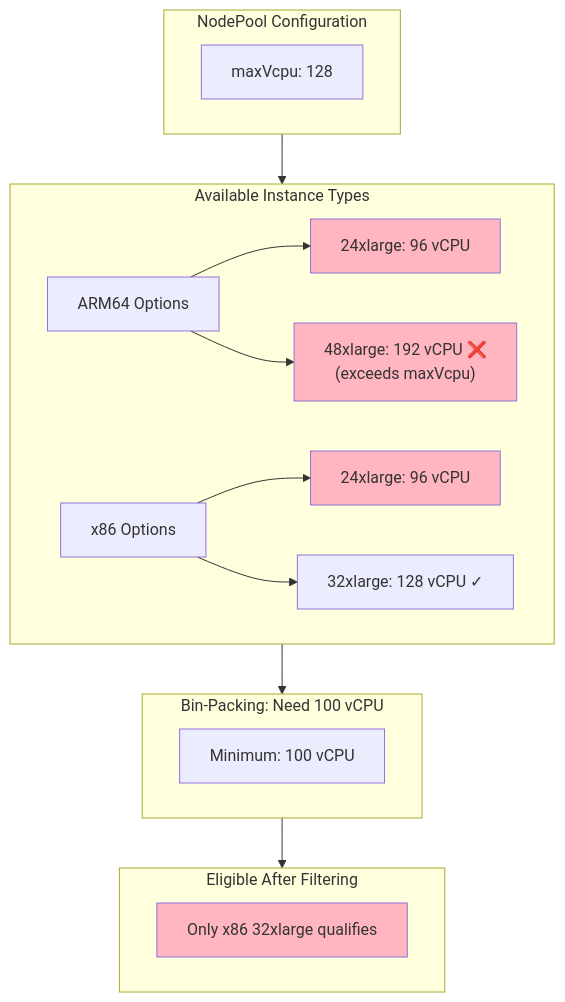
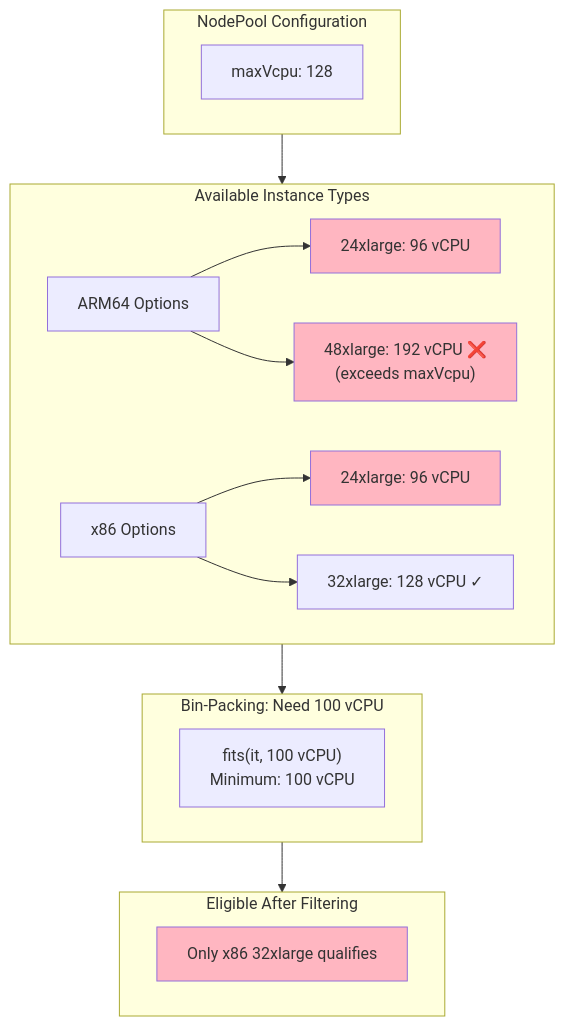
Before and after one commit to Nextdoor/veneer: the third of 4 diagrams in docs/karpenter-binpacking-and-nodeoverlay.md, drawn with Mermaid. The commit also changed other lines of this file, not shown here.

````diff
--- a/docs/karpenter-binpacking-and-nodeoverlay.md
+++ b/docs/karpenter-binpacking-and-nodeoverlay.md
@@ -123,37 +273,37 @@
 ```mermaid
 flowchart TB
     subgraph NodePool["NodePool Configuration"]
         Config["maxVcpu: 128"]
     end
 
     subgraph Available["Available Instance Types"]
         ARM64["ARM64 Options"]
         x86["x86 Options"]
 
         ARM64_24["24xlarge: 96 vCPU"]
         ARM64_48["48xlarge: 192 vCPU ❌<br/>(exceeds maxVcpu)"]
 
         x86_24["24xlarge: 96 vCPU"]
         x86_32["32xlarge: 128 vCPU ✓"]
 
         ARM64 --> ARM64_24 & ARM64_48
         x86 --> x86_24 & x86_32
     end
 
     subgraph BinPack["Bin-Packing: Need 100 vCPU"]
-        Need["Minimum: 100 vCPU"]
+        Need["fits(it, 100 vCPU)<br/>Minimum: 100 vCPU"]
     end
 
     subgraph Result["Eligible After Filtering"]
         Only["Only x86 32xlarge qualifies"]
     end
 
     NodePool --> Available
     Available --> BinPack
     BinPack --> Result
 
     style ARM64_24 fill:#FFB6C1
     style ARM64_48 fill:#FFB6C1
     style x86_24 fill:#FFB6C1
     style Only fill:#FFB6C1
 ```
````
